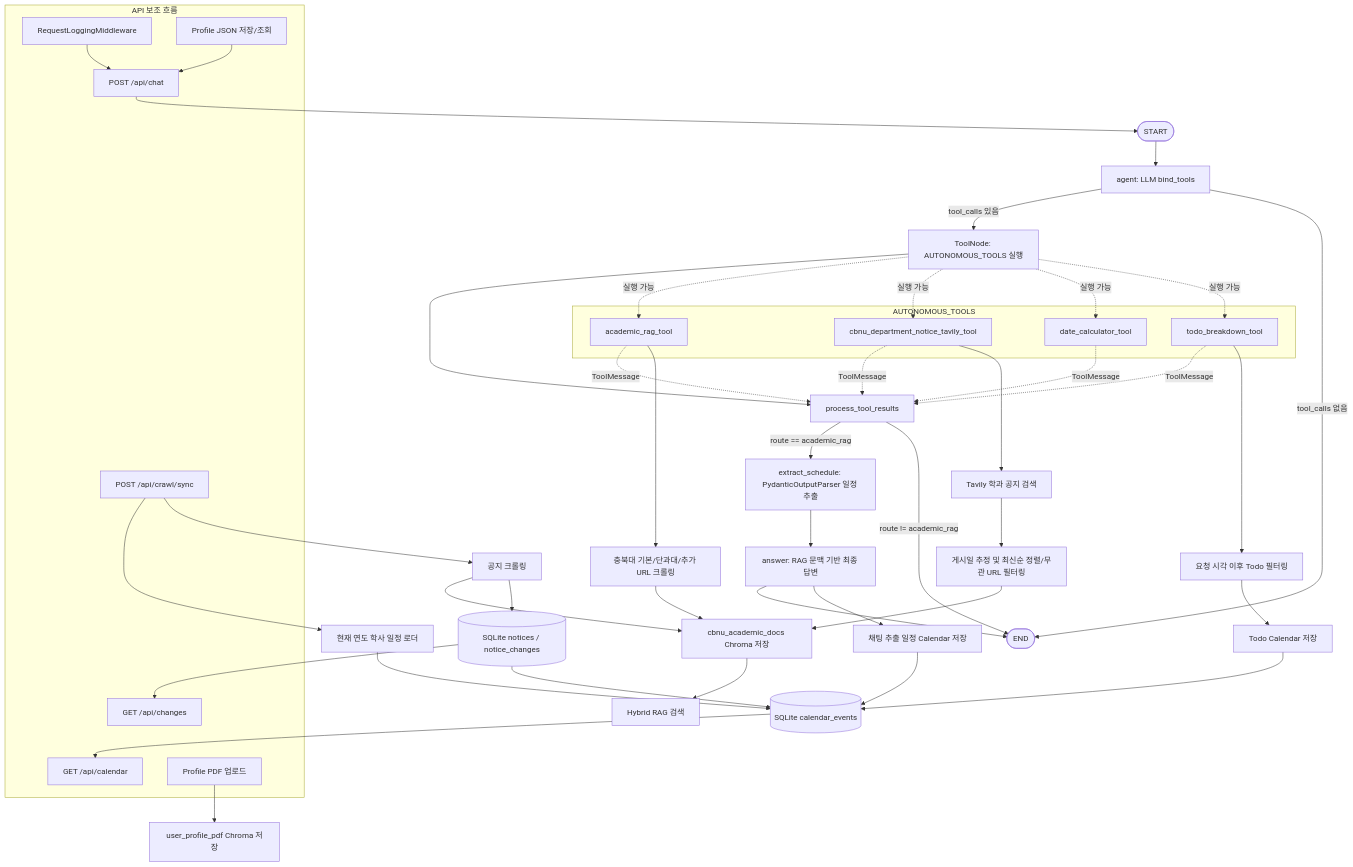
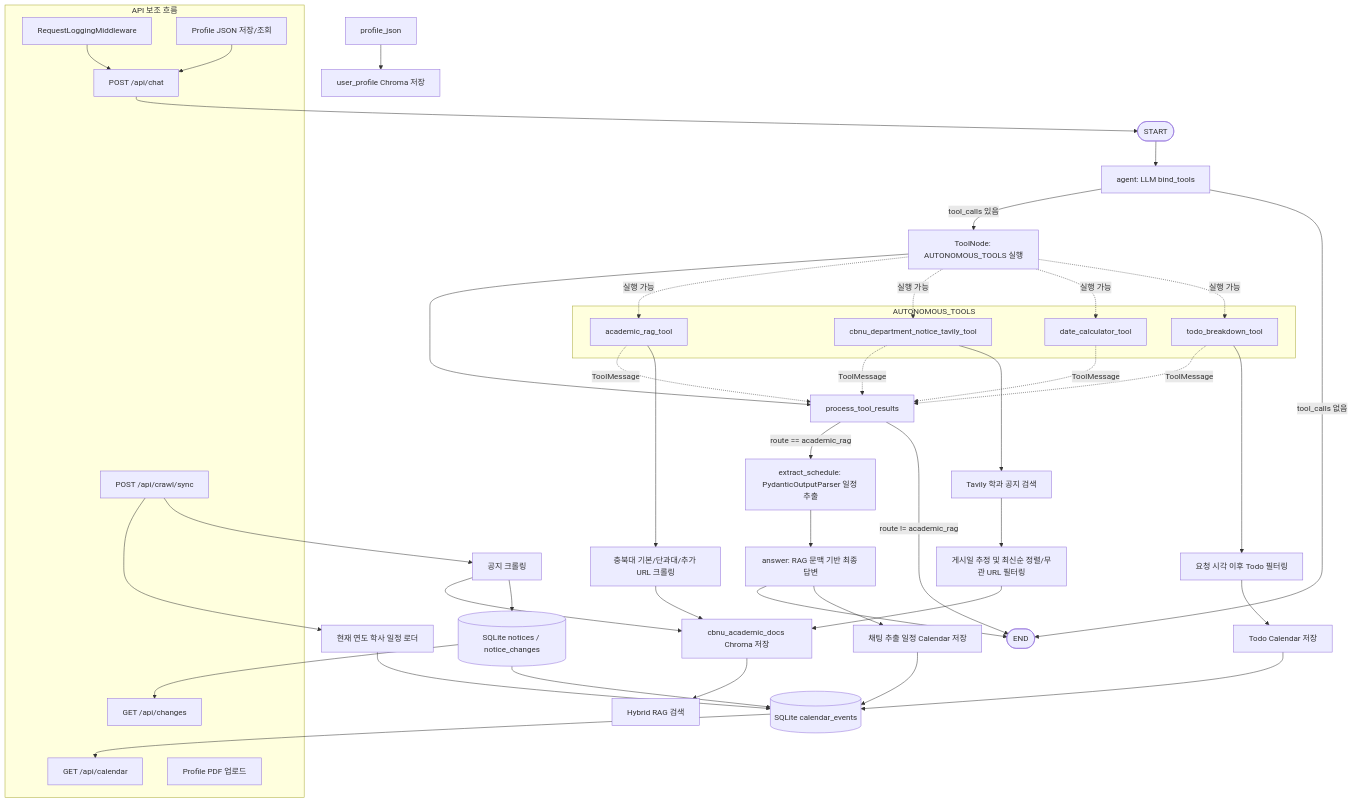
The diagram in README.md (MinseokP02/CBNU_Academic_Agent_), drawn with Mermaid before and after one commit.

Commit message:
Change profile_pdf to profile_json in README
Updated the README to reflect changes in profile data format.

````diff
--- a/README.md
+++ b/README.md
@@ -47,73 +47,73 @@
 ```mermaid
 flowchart TD
     START([START]) --> agent[agent: LLM bind_tools]
 
     agent -->|tool_calls 있음| tools[ToolNode: AUTONOMOUS_TOOLS 실행]
     agent -->|tool_calls 없음| END([END])
 
     tools --> process[process_tool_results]
 
     process -->|route == academic_rag| extract[extract_schedule: PydanticOutputParser 일정 추출]
     process -->|route != academic_rag| END
 
     extract --> answer[answer: RAG 문맥 기반 최종 답변]
     answer --> END
 
     subgraph autonomous_tools[AUTONOMOUS_TOOLS]
         academic_rag[academic_rag_tool]
         department_notice[cbnu_department_notice_tavily_tool]
         date_calc[date_calculator_tool]
         todo_breakdown[todo_breakdown_tool]
     end
 
     tools -. 실행 가능 .-> academic_rag
     tools -. 실행 가능 .-> department_notice
     tools -. 실행 가능 .-> date_calc
     tools -. 실행 가능 .-> todo_breakdown
 
     academic_rag -. ToolMessage .-> process
     department_notice -. ToolMessage .-> process
     date_calc -. ToolMessage .-> process
     todo_breakdown -. ToolMessage .-> process
 
     academic_rag --> crawl[충북대 기본/단과대/추가 URL 크롤링]
     crawl --> chroma[cbnu_academic_docs Chroma 저장]
     chroma --> rag_search[Hybrid RAG 검색]
 
     department_notice --> tavily[Tavily 학과 공지 검색]
     tavily --> filter_notice[게시일 추정 및 최신순 정렬/무관 URL 필터링]
     filter_notice --> chroma
 
     todo_breakdown --> todo_filter[요청 시각 이후 Todo 필터링]
     todo_filter --> todo_calendar[Todo Calendar 저장]
 
     answer --> schedule_calendar[채팅 추출 일정 Calendar 저장]
 
     subgraph api_side_flows[API 보조 흐름]
         middleware[RequestLoggingMiddleware]
         chat[POST /api/chat]
         profile[Profile JSON 저장/조회]
         sync[POST /api/crawl/sync]
         calendar_api[GET /api/calendar]
         changes_api[GET /api/changes]
         profile_pdf[Profile PDF 업로드]
     end
 
     middleware --> chat
     profile --> chat
     chat --> START
 
     sync --> schedule_loader[현재 연도 학사 일정 로더]
     sync --> notice_crawl[공지 크롤링]
     schedule_loader --> calendar_db[(SQLite calendar_events)]
     notice_crawl --> chroma
     notice_crawl --> change_store[(SQLite notices / notice_changes)]
     change_store --> calendar_db
 
     schedule_calendar --> calendar_db
     todo_calendar --> calendar_db
     calendar_db --> calendar_api
     change_store --> changes_api
 
-    profile_pdf --> profile_chroma[user_profile_pdf Chroma 저장]
+    profile_json --> profile_chroma[user_profile Chroma 저장]
 ```
````
